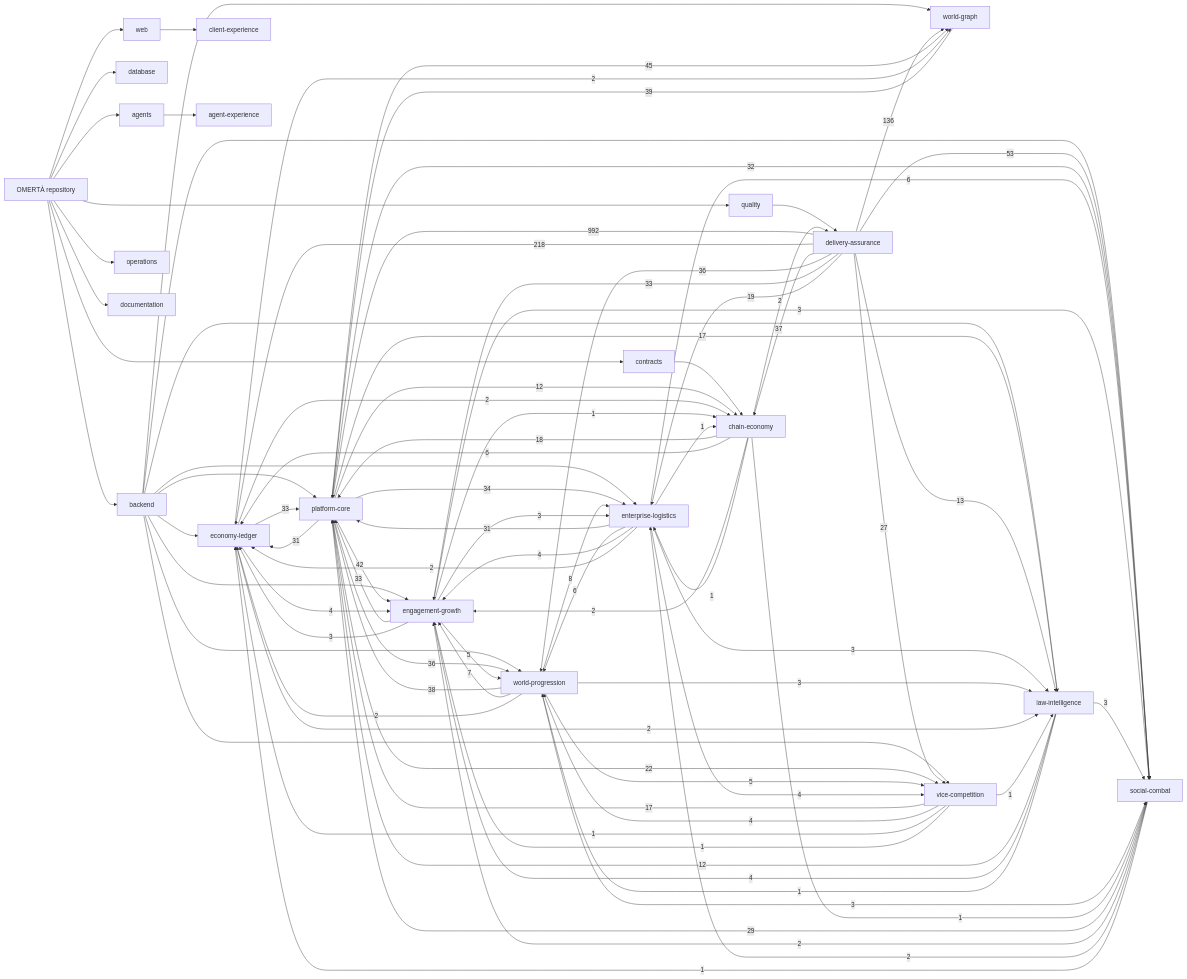
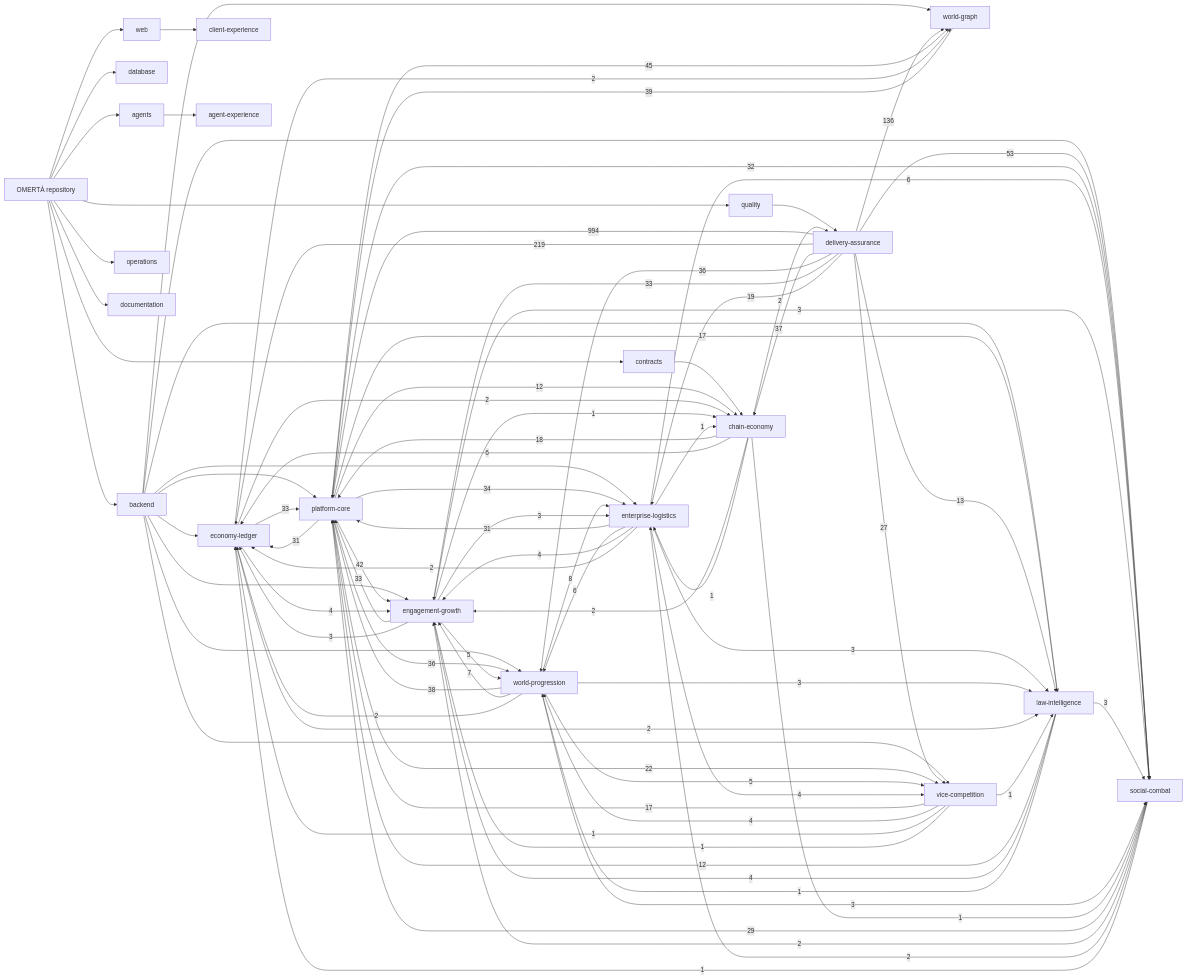
The diagram in knowledge/generated/graph.mmd (OmertaDev/Omerta), drawn with Mermaid before and after one commit. The commit also changed 6 other files, not shown here.

```diff
--- a/knowledge/generated/graph.mmd
+++ b/knowledge/generated/graph.mmd
@@ -1,109 +1,109 @@
 flowchart LR
   repo["OMERTÀ repository"]
   sub_backend["backend"]
   repo --> sub_backend
   sub_database["database"]
   repo --> sub_database
   sub_web["web"]
   repo --> sub_web
   sub_contracts["contracts"]
   repo --> sub_contracts
   sub_agents["agents"]
   repo --> sub_agents
   sub_quality["quality"]
   repo --> sub_quality
   sub_operations["operations"]
   repo --> sub_operations
   sub_documentation["documentation"]
   repo --> sub_documentation
   dom_platform-core["platform-core"]
   dom_economy-ledger["economy-ledger"]
   dom_social-combat["social-combat"]
   dom_world-progression["world-progression"]
   dom_world-graph["world-graph"]
   dom_enterprise-logistics["enterprise-logistics"]
   dom_vice-competition["vice-competition"]
   dom_law-intelligence["law-intelligence"]
   dom_chain-economy["chain-economy"]
   dom_engagement-growth["engagement-growth"]
   dom_client-experience["client-experience"]
   dom_agent-experience["agent-experience"]
   dom_delivery-assurance["delivery-assurance"]
   sub_agents --> dom_agent-experience
   sub_backend --> dom_economy-ledger
   sub_backend --> dom_engagement-growth
   sub_backend --> dom_enterprise-logistics
   sub_backend --> dom_law-intelligence
   sub_backend --> dom_platform-core
   sub_backend --> dom_social-combat
   sub_backend --> dom_vice-competition
   sub_backend --> dom_world-graph
   sub_backend --> dom_world-progression
   sub_contracts --> dom_chain-economy
   sub_quality --> dom_delivery-assurance
   sub_web --> dom_client-experience
-  dom_delivery-assurance -->|992| dom_platform-core
-  dom_delivery-assurance -->|218| dom_economy-ledger
+  dom_delivery-assurance -->|994| dom_platform-core
+  dom_delivery-assurance -->|219| dom_economy-ledger
   dom_delivery-assurance -->|136| dom_world-graph
   dom_delivery-assurance -->|53| dom_social-combat
   dom_platform-core -->|45| dom_world-graph
   dom_platform-core -->|42| dom_engagement-growth
   dom_world-graph -->|39| dom_platform-core
   dom_world-progression -->|38| dom_platform-core
   dom_delivery-assurance -->|37| dom_chain-economy
   dom_delivery-assurance -->|36| dom_world-progression
   dom_platform-core -->|36| dom_world-progression
   dom_platform-core -->|34| dom_enterprise-logistics
   dom_delivery-assurance -->|33| dom_engagement-growth
   dom_economy-ledger -->|33| dom_platform-core
   dom_engagement-growth -->|33| dom_platform-core
   dom_platform-core -->|32| dom_social-combat
   dom_enterprise-logistics -->|31| dom_platform-core
   dom_platform-core -->|31| dom_economy-ledger
   dom_social-combat -->|29| dom_platform-core
   dom_delivery-assurance -->|27| dom_vice-competition
   dom_platform-core -->|22| dom_vice-competition
   dom_delivery-assurance -->|19| dom_enterprise-logistics
   dom_chain-economy -->|18| dom_platform-core
   dom_platform-core -->|17| dom_law-intelligence
   dom_vice-competition -->|17| dom_platform-core
   dom_delivery-assurance -->|13| dom_law-intelligence
   dom_law-intelligence -->|12| dom_platform-core
   dom_platform-core -->|12| dom_chain-economy
   dom_world-progression -->|8| dom_enterprise-logistics
   dom_world-progression -->|7| dom_engagement-growth
   dom_chain-economy -->|6| dom_economy-ledger
   dom_enterprise-logistics -->|6| dom_social-combat
   dom_enterprise-logistics -->|6| dom_world-progression
   dom_engagement-growth -->|5| dom_world-progression
   dom_world-progression -->|5| dom_vice-competition
   dom_economy-ledger -->|4| dom_engagement-growth
   dom_enterprise-logistics -->|4| dom_engagement-growth
   dom_enterprise-logistics -->|4| dom_vice-competition
   dom_law-intelligence -->|4| dom_engagement-growth
   dom_vice-competition -->|4| dom_world-progression
   dom_engagement-growth -->|3| dom_economy-ledger
   dom_engagement-growth -->|3| dom_enterprise-logistics
   dom_engagement-growth -->|3| dom_social-combat
   dom_enterprise-logistics -->|3| dom_law-intelligence
   dom_law-intelligence -->|3| dom_social-combat
   dom_world-progression -->|3| dom_law-intelligence
   dom_world-progression -->|3| dom_social-combat
   dom_chain-economy -->|2| dom_delivery-assurance
   dom_chain-economy -->|2| dom_engagement-growth
   dom_economy-ledger -->|2| dom_chain-economy
   dom_economy-ledger -->|2| dom_law-intelligence
   dom_economy-ledger -->|2| dom_world-graph
   dom_enterprise-logistics -->|2| dom_economy-ledger
   dom_social-combat -->|2| dom_engagement-growth
   dom_social-combat -->|2| dom_enterprise-logistics
   dom_world-progression -->|2| dom_economy-ledger
   dom_chain-economy -->|1| dom_enterprise-logistics
   dom_chain-economy -->|1| dom_social-combat
   dom_engagement-growth -->|1| dom_chain-economy
   dom_enterprise-logistics -->|1| dom_chain-economy
   dom_law-intelligence -->|1| dom_world-progression
   dom_social-combat -->|1| dom_economy-ledger
   dom_vice-competition -->|1| dom_economy-ledger
   dom_vice-competition -->|1| dom_engagement-growth
   dom_vice-competition -->|1| dom_law-intelligence
```
